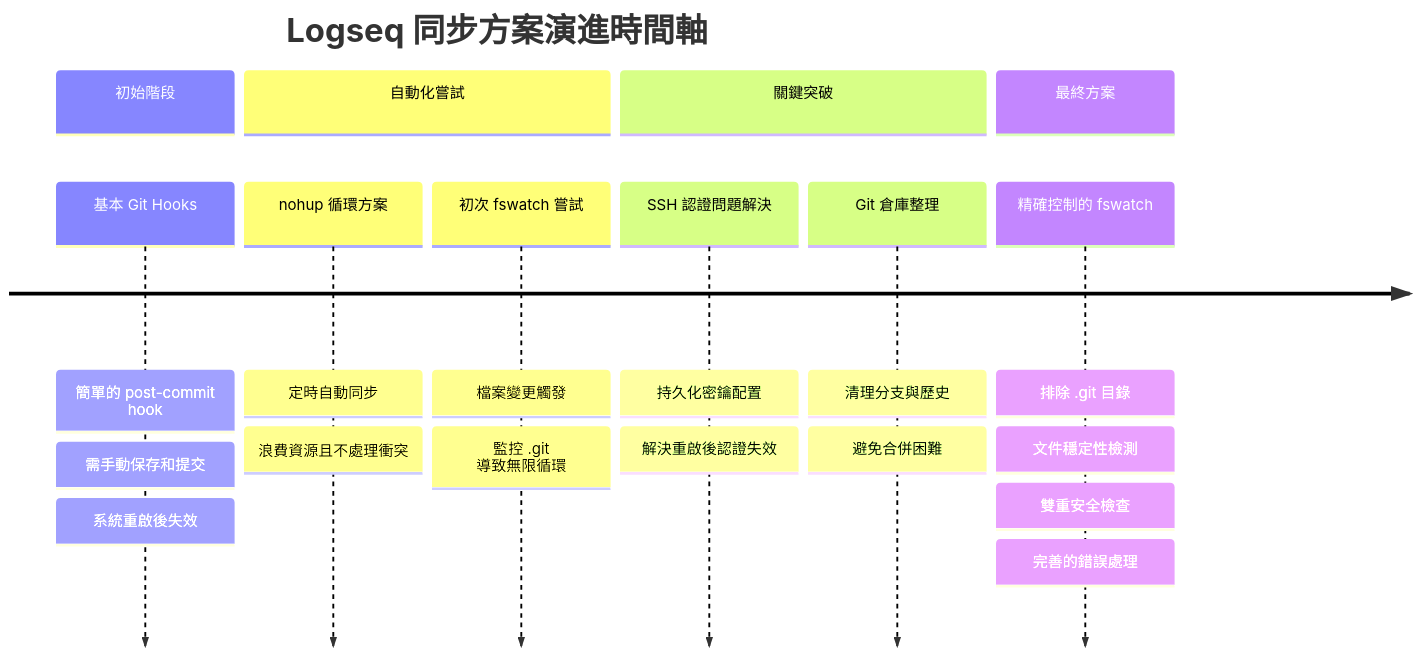
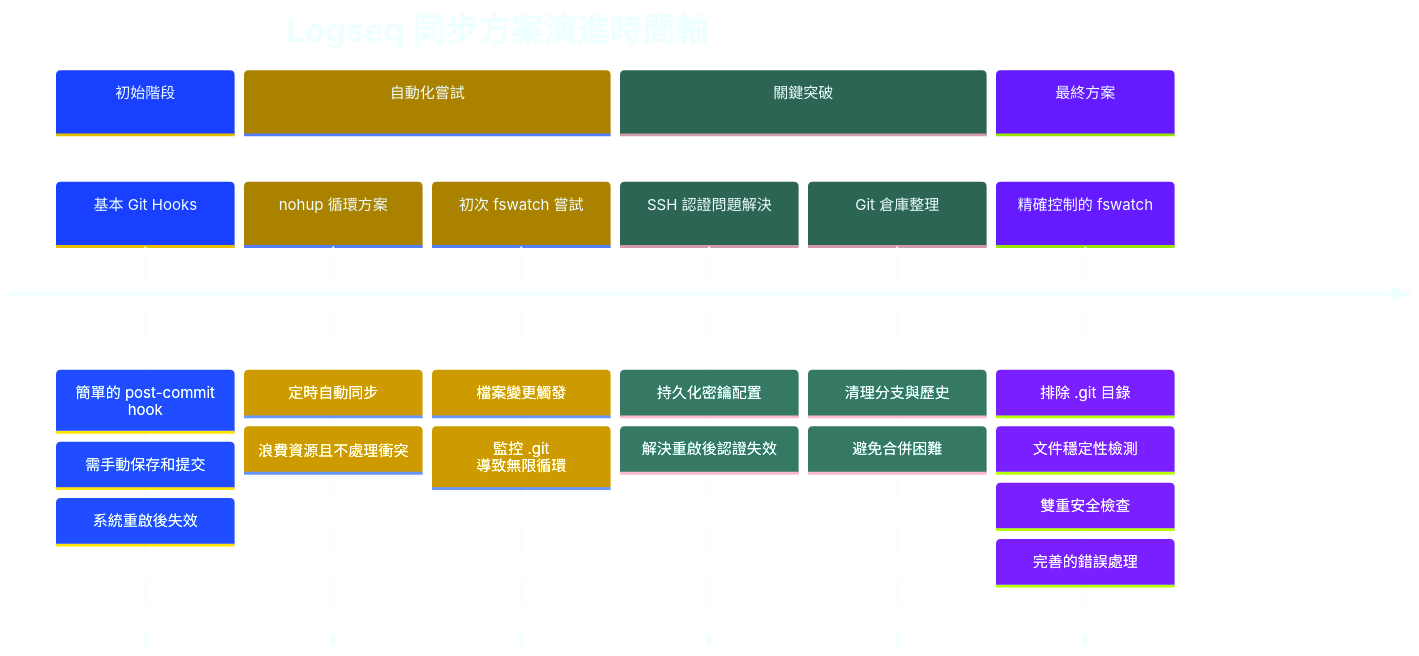
Before and after one commit to GengGeng026/Sync-Logseq: the first of 2 diagrams in Logseq同步方案演進記錄.md, drawn with Mermaid.

Commit message:
Auto saved by Logseq

````diff
--- a/Logseq同步方案演進記錄.md
+++ b/Logseq同步方案演進記錄.md
@@ -24,40 +24,45 @@
 ```mermaid
 %%{init: {
   'theme': 'base', 
   'themeVariables': {
     'primaryColor': '#99AAFF',
     'secondaryColor': '#FFCB2B',
     'tertiaryColor': '#59B79A',
     'primaryTextColor': '#EEFFFF',
     'background': 'transparent',
     'textColor': '#EEFFFF',
     'mainBkg': '#273747',
     'nodeBorder': '#59B79A',
     'clusterBkg': 'transparent',
     'edgeLabelBackground': '#21252B'
-  }
+  },
+  'flowchart': {
+    'curve': 'basis',
+    'nodeSpacing': 50,
+    'rankSpacing': 50,
+    'padding': 15
   }
 }}%%
 
 timeline
     title Logseq 同步方案演進時間軸
     section 初始階段
         基本 Git Hooks : 簡單的 post-commit hook
         : 需手動保存和提交
         : 系統重啟後失效
     section 自動化嘗試
         nohup 循環方案 : 定時自動同步
         : 浪費資源且不處理衝突
         初次 fswatch 嘗試 : 檔案變更觸發
         : 監控 .git 導致無限循環
     section 關鍵突破
         SSH 認證問題解決 : 持久化密鑰配置
         : 解決重啟後認證失效
         Git 倉庫整理 : 清理分支與歷史
         : 避免合併困難
     section 最終方案
         精確控制的 fswatch : 排除 .git 目錄
         : 文件穩定性檢測
         : 雙重安全檢查
         : 完善的錯誤處理
 ```
````
